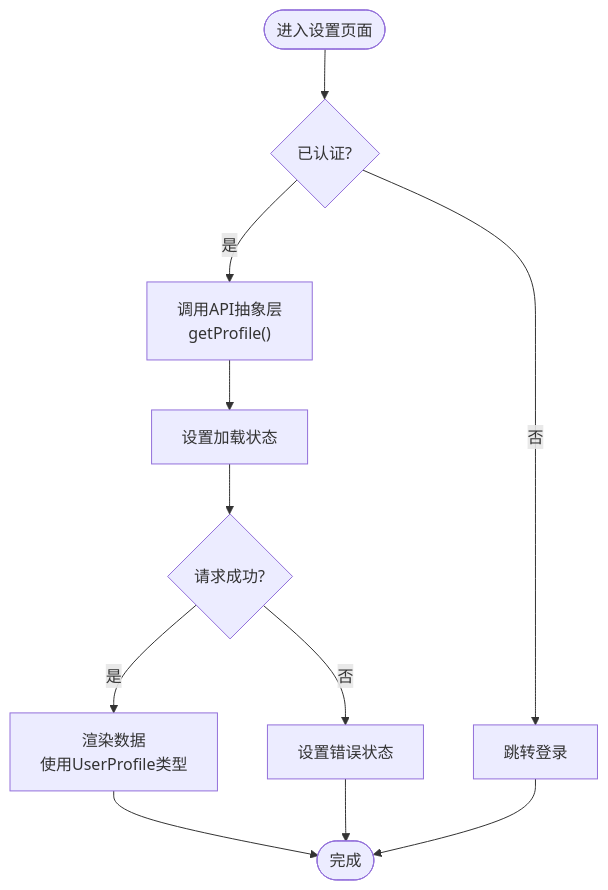
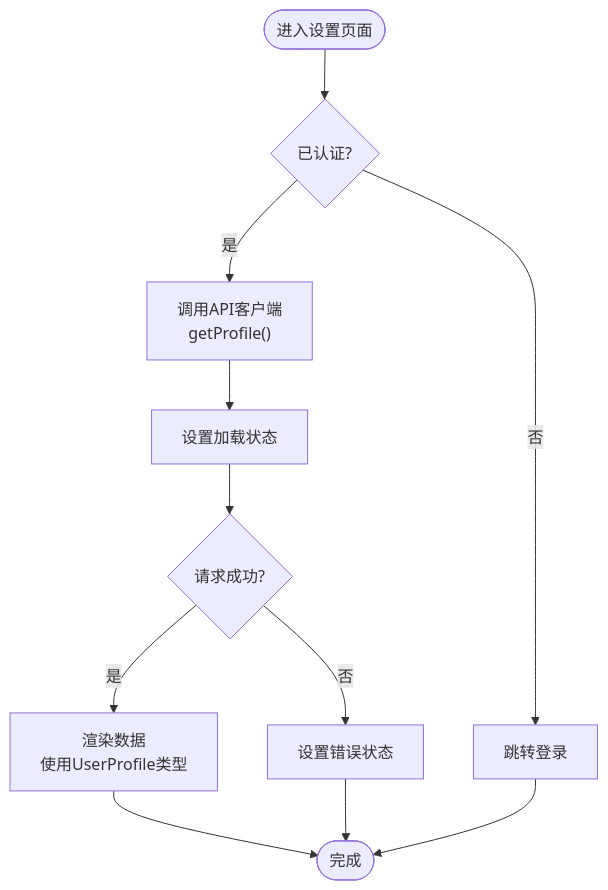
The seventh of 8 diagrams in .qoder/repowiki/zh/content/前端开发指南/API集成模式.md (breeze-lyf/ai-stock-advisor), drawn with Mermaid before and after one commit. The commit also changed other lines of this file and 52 other files, not shown here.

````diff
--- a/.qoder/repowiki/zh/content/前端开发指南/API集成模式.md
+++ b/.qoder/repowiki/zh/content/前端开发指南/API集成模式.md
@@ -241,13 +317,13 @@
 ```mermaid
 flowchart TD
 Enter(["进入设置页面"]) --> CheckAuth{"已认证?"}
 CheckAuth --> |否| Redirect["跳转登录"]
-CheckAuth --> |是| Fetch["调用API抽象层<br/>getProfile()"]
+CheckAuth --> |是| Fetch["调用API客户端<br/>getProfile()"]
 Fetch --> Loading["设置加载状态"]
 Loading --> Result{"请求成功?"}
 Result --> |是| Render["渲染数据<br/>使用UserProfile类型"]
 Result --> |否| Error["设置错误状态"]
 Render --> End(["完成"])
 Error --> End
 Redirect --> End
 ```
````
